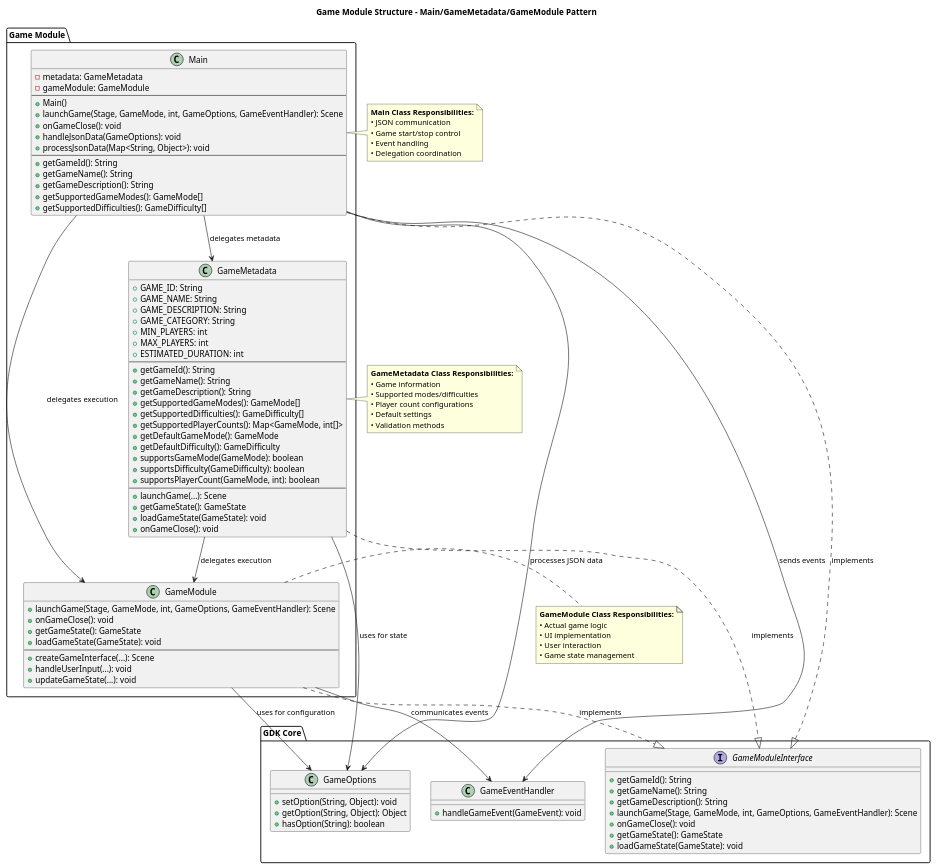
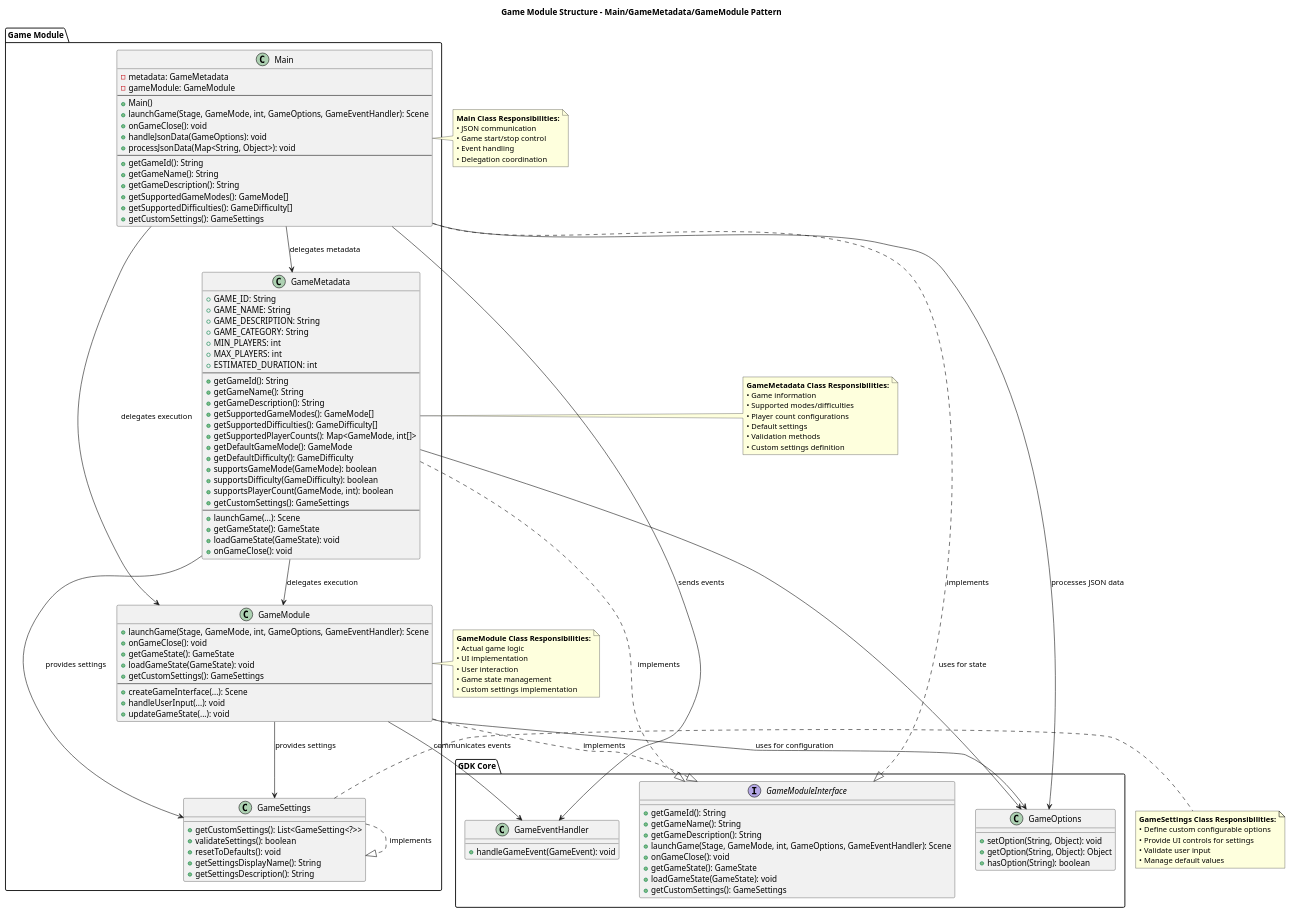
Before and after one commit to ClementLuo299/OMG-GDK: the diagram in docs/module-structure.puml, drawn with PlantUML. The commit also changed 15 other files, not shown here.

```diff
--- a/docs/module-structure.puml
+++ b/docs/module-structure.puml
@@ -1,131 +1,157 @@
 @startuml
 
 title Game Module Structure - Main/GameMetadata/GameModule Pattern
 
 package "Game Module" {
     class Main {
         -metadata: GameMetadata
         -gameModule: GameModule
         --
         +Main()
         +launchGame(Stage, GameMode, int, GameOptions, GameEventHandler): Scene
         +onGameClose(): void
         +handleJsonData(GameOptions): void
         +processJsonData(Map<String, Object>): void
         --
         ' Metadata delegation methods
         +getGameId(): String
         +getGameName(): String
         +getGameDescription(): String
         +getSupportedGameModes(): GameMode[]
         +getSupportedDifficulties(): GameDifficulty[]
+        +getCustomSettings(): GameSettings
     }
     
     class GameMetadata {
         ' Game information constants
         +GAME_ID: String
         +GAME_NAME: String
         +GAME_DESCRIPTION: String
         +GAME_CATEGORY: String
         +MIN_PLAYERS: int
         +MAX_PLAYERS: int
         +ESTIMATED_DURATION: int
         --
         ' Metadata methods
         +getGameId(): String
         +getGameName(): String
         +getGameDescription(): String
         +getSupportedGameModes(): GameMode[]
         +getSupportedDifficulties(): GameDifficulty[]
         +getSupportedPlayerCounts(): Map<GameMode, int[]>
         +getDefaultGameMode(): GameMode
         +getDefaultDifficulty(): GameDifficulty
         +supportsGameMode(GameMode): boolean
         +supportsDifficulty(GameDifficulty): boolean
         +supportsPlayerCount(GameMode, int): boolean
+        +getCustomSettings(): GameSettings
         --
         ' Delegated execution
         +launchGame(...): Scene
         +getGameState(): GameState
         +loadGameState(GameState): void
         +onGameClose(): void
     }
     
     class GameModule {
         ' Game implementation
         +launchGame(Stage, GameMode, int, GameOptions, GameEventHandler): Scene
         +onGameClose(): void
         +getGameState(): GameState
         +loadGameState(GameState): void
+        +getCustomSettings(): GameSettings
         --
         ' UI creation methods
         +createGameInterface(...): Scene
         +handleUserInput(...): void
         +updateGameState(...): void
+    }
+    
+    class GameSettings {
+        ' Custom settings implementation
+        +getCustomSettings(): List<GameSetting<?>>
+        +validateSettings(): boolean
+        +resetToDefaults(): void
+        +getSettingsDisplayName(): String
+        +getSettingsDescription(): String
     }
 }
 
 package "GDK Core" {
     interface GameModuleInterface {
         +getGameId(): String
         +getGameName(): String
         +getGameDescription(): String
         +launchGame(Stage, GameMode, int, GameOptions, GameEventHandler): Scene
         +onGameClose(): void
         +getGameState(): GameState
         +loadGameState(GameState): void
+        +getCustomSettings(): GameSettings
     }
     
     class GameOptions {
         +setOption(String, Object): void
         +getOption(String, Object): Object
         +hasOption(String): boolean
     }
     
     class GameEventHandler {
         +handleGameEvent(GameEvent): void
     }
 }
 
 ' Relationships
 Main ..|> GameModuleInterface : implements
 GameMetadata ..|> GameModuleInterface : implements
 GameModule ..|> GameModuleInterface : implements
+GameSettings ..|> GameSettings : implements
 
 Main --> GameMetadata : delegates metadata
 Main --> GameModule : delegates execution
 Main --> GameOptions : processes JSON data
 Main --> GameEventHandler : sends events
 
 GameMetadata --> GameModule : delegates execution
 GameMetadata --> GameOptions : uses for state
+GameMetadata --> GameSettings : provides settings
 
 GameModule --> GameOptions : uses for configuration
 GameModule --> GameEventHandler : communicates events
+GameModule --> GameSettings : provides settings
 
 note right of Main
   **Main Class Responsibilities:**
   • JSON communication
   • Game start/stop control
   • Event handling
   • Delegation coordination
 end note
 
 note right of GameMetadata
   **GameMetadata Class Responsibilities:**
   • Game information
   • Supported modes/difficulties
   • Player count configurations
   • Default settings
   • Validation methods
+  • Custom settings definition
 end note
 
 note right of GameModule
   **GameModule Class Responsibilities:**
   • Actual game logic
   • UI implementation
   • User interaction
   • Game state management
+  • Custom settings implementation
+end note
+
+note right of GameSettings
+  **GameSettings Class Responsibilities:**
+  • Define custom configurable options
+  • Provide UI controls for settings
+  • Validate user input
+  • Manage default values
 end note
 
 @enduml 
```
